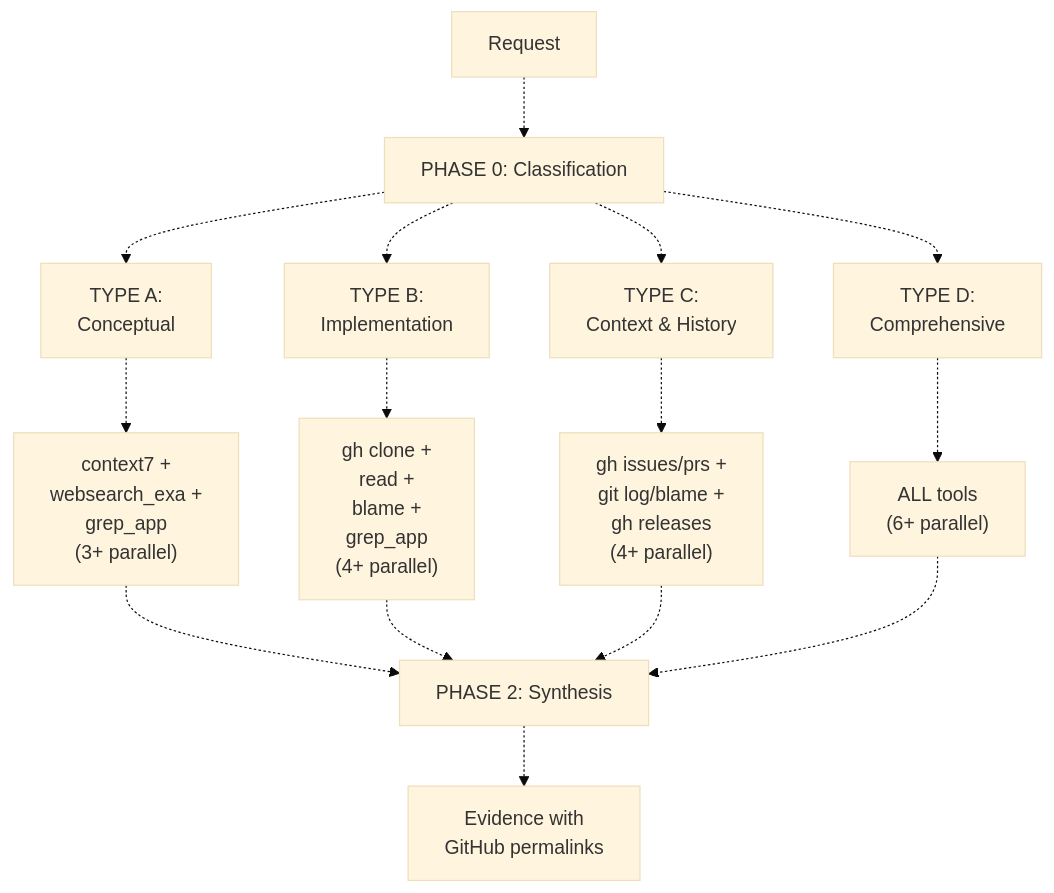
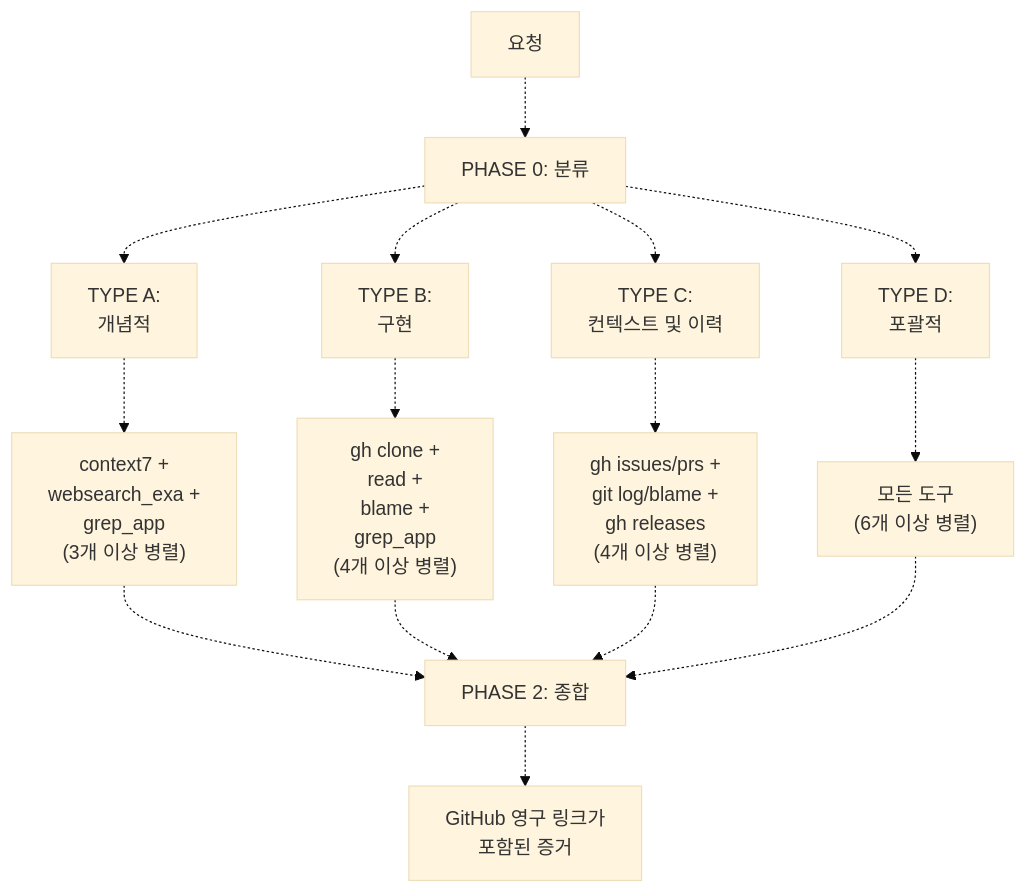
Before and after one commit to felipetruman/oh-my-opencode-docs: the third of 3 diagrams in docs/agents/specialized-agents.md, drawn with Mermaid (base theme). The commit also changed other lines of this file and 76 other files, not shown here.

````diff
--- a/docs/agents/specialized-agents.md
+++ b/docs/agents/specialized-agents.md
@@ -270,31 +264,31 @@
 ```mermaid
 flowchart TD
 
-req["Request"]
-classify["PHASE 0: Classification"]
-typeA["TYPE A:<br>Conceptual"]
-typeB["TYPE B:<br>Implementation"]
-typeC["TYPE C:<br>Context & History"]
-typeD["TYPE D:<br>Comprehensive"]
-execA["context7 +<br>websearch_exa +<br>grep_app<br>(3+ parallel)"]
-execB["gh clone +<br>read +<br>blame +<br>grep_app<br>(4+ parallel)"]
-execC["gh issues/prs +<br>git log/blame +<br>gh releases<br>(4+ parallel)"]
-execD["ALL tools<br>(6+ parallel)"]
-synth["PHASE 2: Synthesis"]
-output["Evidence with<br>GitHub permalinks"]
+req["요청"]
+classify["PHASE 0: 분류"]
+typeA["TYPE A:<br>개념적"]
+typeB["TYPE B:<br>구현"]
+typeC["TYPE C:<br>컨텍스트 및 이력"]
+typeD["TYPE D:<br>포괄적"]
+execA["context7 +<br>websearch_exa +<br>grep_app<br>(3개 이상 병렬)"]
+execB["gh clone +<br>read +<br>blame +<br>grep_app<br>(4개 이상 병렬)"]
+execC["gh issues/prs +<br>git log/blame +<br>gh releases<br>(4개 이상 병렬)"]
+execD["모든 도구<br>(6개 이상 병렬)"]
+synth["PHASE 2: 종합"]
+output["GitHub 영구 링크가<br>포함된 증거"]
 
 req -.-> classify
 classify -.-> typeA
 classify -.-> typeB
 classify -.-> typeC
 classify -.-> typeD
 typeA -.-> execA
 typeB -.-> execB
 typeC -.-> execC
 typeD -.-> execD
 execA -.-> synth
 execB -.-> synth
 execC -.-> synth
 execD -.-> synth
 synth -.-> output
 ```
````
